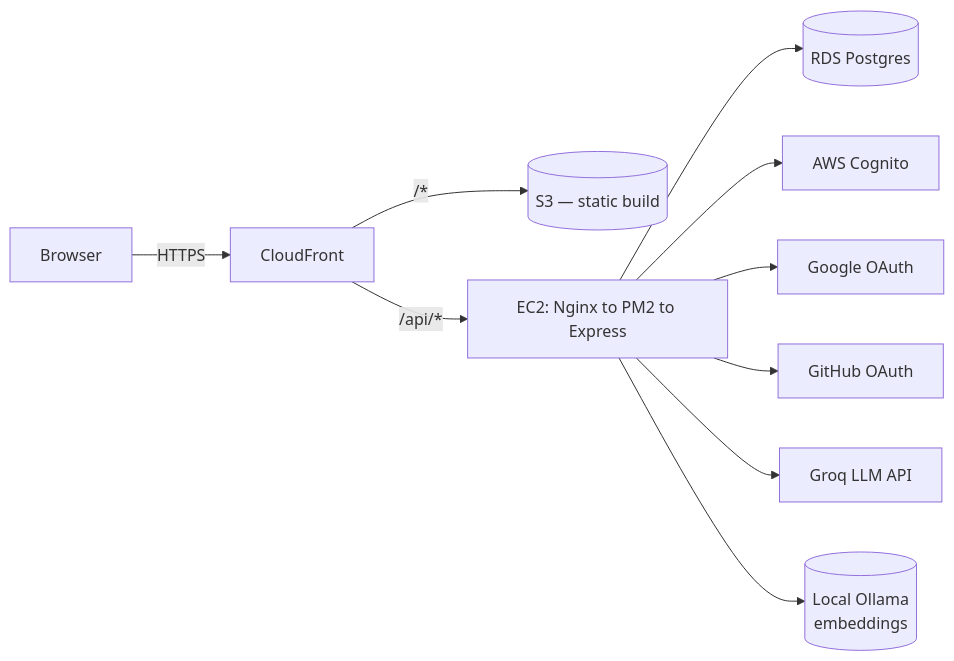
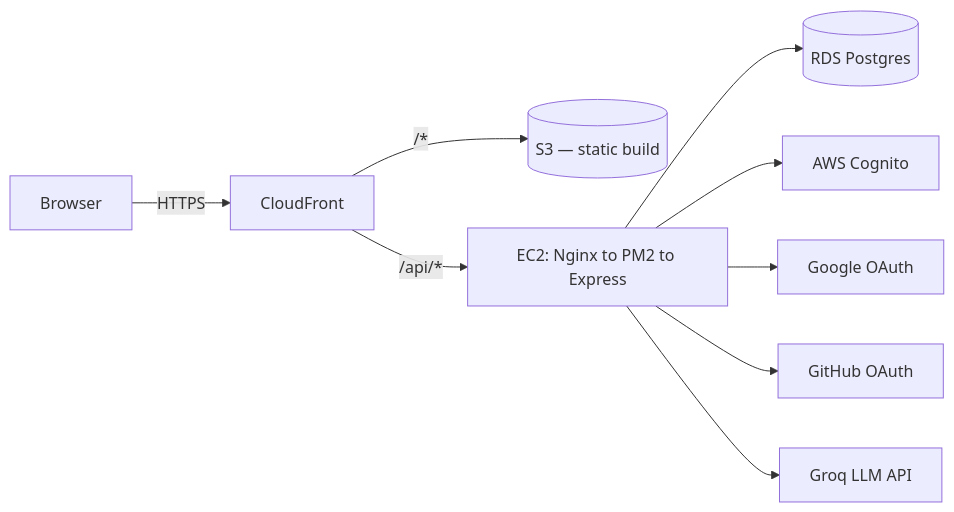
The first of 5 diagrams in README.md (varuntutejaa/intervu), drawn with Mermaid before and after one commit. The commit also changed other lines of this file and 36 other files, not shown here.

````diff
--- a/README.md
+++ b/README.md
@@ -124,12 +124,11 @@
 ```mermaid
 flowchart LR
     Browser -->|HTTPS| CF[CloudFront]
     CF -->|"/*"| S3[(S3 — static build)]
     CF -->|"/api/*"| EC2[EC2: Nginx to PM2 to Express]
     EC2 --> RDS[(RDS Postgres)]
     EC2 --> Cognito[AWS Cognito]
     EC2 --> Google[Google OAuth]
     EC2 --> GitHub[GitHub OAuth]
     EC2 --> Groq[Groq LLM API]
-    EC2 --> Ollama[(Local Ollama<br/>embeddings)]
 ```
````
